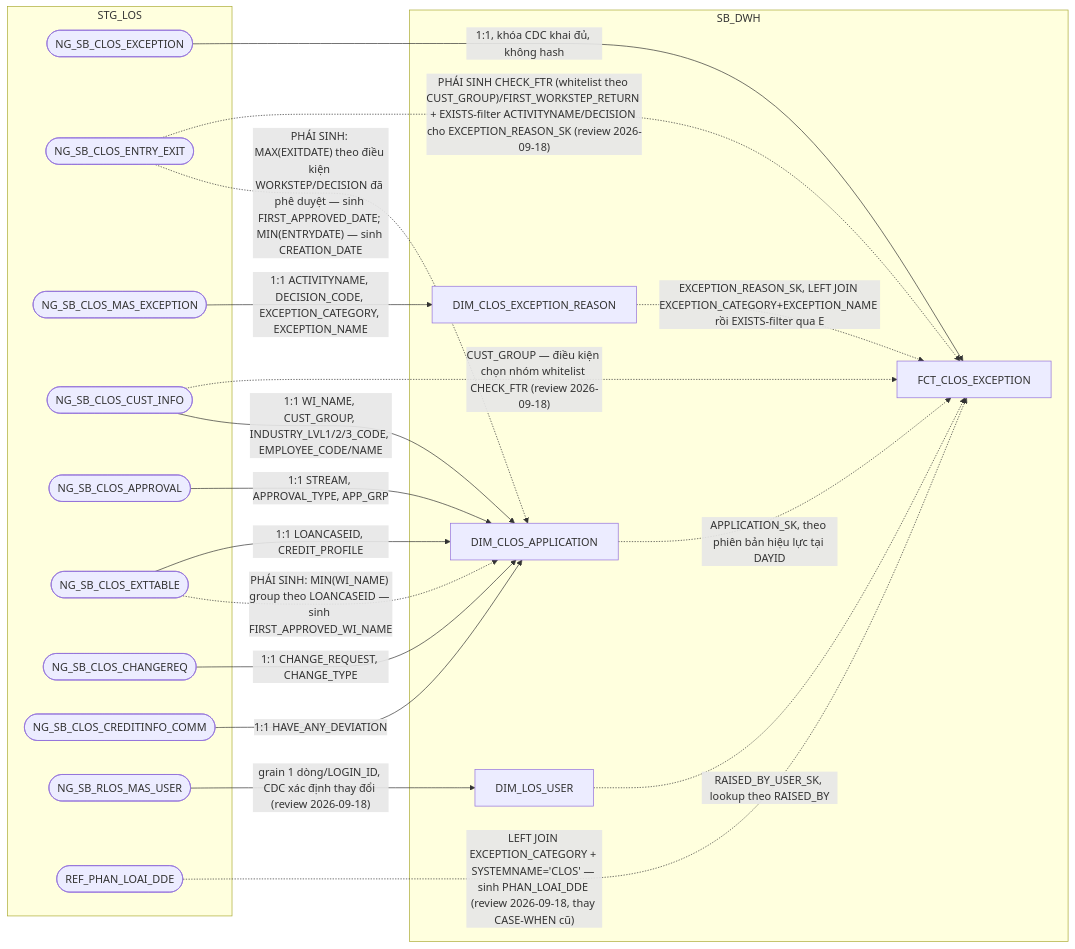
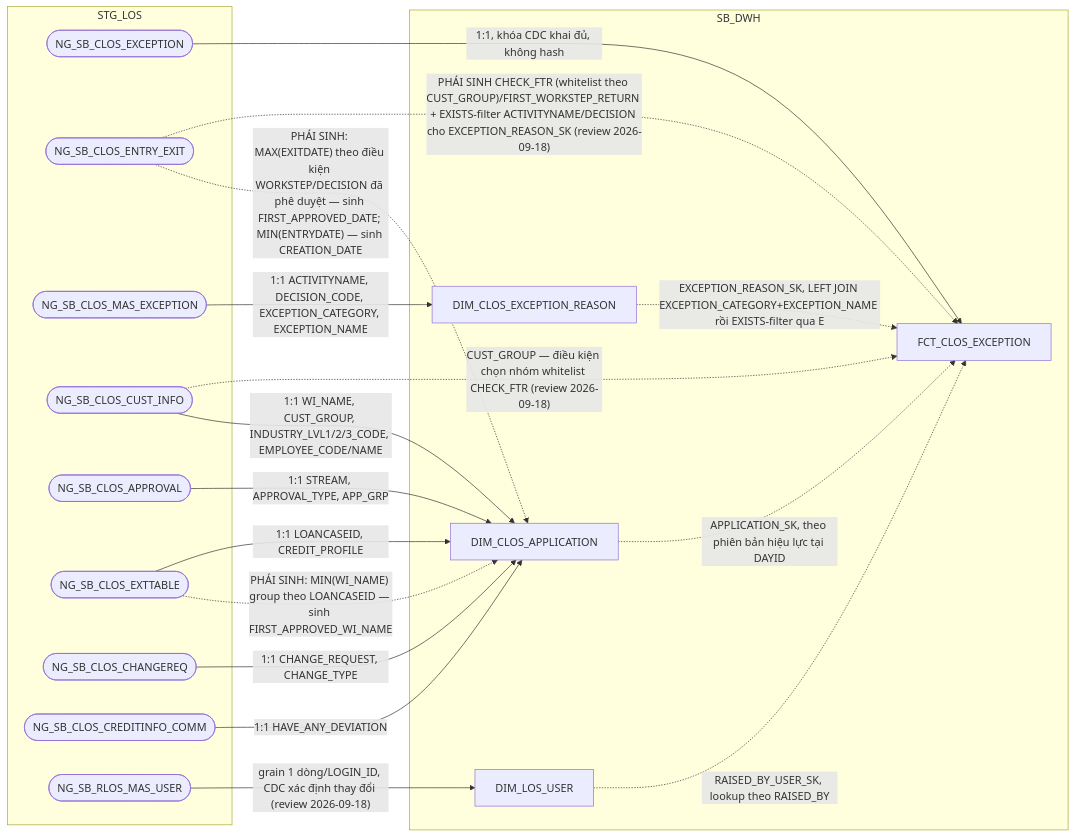
One commit to chien1198/sb-mapping-gen changed the fourth of 13 diagrams in hld/HLD_FCT_SB_DWH.md. Above: the diagram before and after it, drawn with Mermaid. The commit also changed other lines of this file and 113 other files, not shown here.

````diff
--- a/hld/HLD_FCT_SB_DWH.md
+++ b/hld/HLD_FCT_SB_DWH.md
@@ -287,37 +292,35 @@
 ```mermaid
 flowchart LR
     subgraph STG_LOS
         A(["NG_SB_CLOS_EXCEPTION"])
         E(["NG_SB_CLOS_ENTRY_EXIT"])
         R(["NG_SB_CLOS_MAS_EXCEPTION"])
         H(["NG_SB_CLOS_CUST_INFO"])
         I(["NG_SB_CLOS_APPROVAL"])
         J(["NG_SB_CLOS_EXTTABLE"])
         K1(["NG_SB_CLOS_CHANGEREQ"])
         N(["NG_SB_CLOS_CREDITINFO_COMM"])
         U(["NG_SB_RLOS_MAS_USER"])
-        REF(["REF_PHAN_LOAI_DDE"])
     end
     subgraph SB_DWH
         B["DIM_CLOS_EXCEPTION_REASON"]
         D["DIM_CLOS_APPLICATION"]
         F["DIM_LOS_USER"]
         C["FCT_CLOS_EXCEPTION"]
     end
     A -->|1:1, khóa CDC khai đủ, không hash| C
     B -.->|EXCEPTION_REASON_SK, LEFT JOIN EXCEPTION_CATEGORY+EXCEPTION_NAME rồi EXISTS-filter qua E| C
     D -.->|APPLICATION_SK, theo phiên bản hiệu lực tại DAYID| C
     F -.->|RAISED_BY_USER_SK, lookup theo RAISED_BY| C
     E -.->|"PHÁI SINH CHECK_FTR (whitelist theo CUST_GROUP)/FIRST_WORKSTEP_RETURN + EXISTS-filter ACTIVITYNAME/DECISION cho EXCEPTION_REASON_SK (review 2026-09-18)"| C
     H -.->|"CUST_GROUP — điều kiện chọn nhóm whitelist CHECK_FTR (review 2026-09-18)"| C
-    REF -.->|"LEFT JOIN EXCEPTION_CATEGORY + SYSTEMNAME='CLOS' — sinh PHAN_LOAI_DDE (review 2026-09-18, thay CASE-WHEN cũ)"| C
     R -->|1:1 ACTIVITYNAME, DECISION_CODE, EXCEPTION_CATEGORY, EXCEPTION_NAME| B
     H -->|1:1 WI_NAME, CUST_GROUP, INDUSTRY_LVL1/2/3_CODE, EMPLOYEE_CODE/NAME| D
     I -->|1:1 STREAM, APPROVAL_TYPE, APP_GRP| D
     J -->|1:1 LOANCASEID, CREDIT_PROFILE| D
     J -.->|"PHÁI SINH: MIN(WI_NAME) group theo LOANCASEID — sinh FIRST_APPROVED_WI_NAME"| D
     K1 -->|1:1 CHANGE_REQUEST, CHANGE_TYPE| D
     E -.->|"PHÁI SINH: MAX(EXITDATE) theo điều kiện WORKSTEP/DECISION đã phê duyệt — sinh FIRST_APPROVED_DATE; MIN(ENTRYDATE) — sinh CREATION_DATE"| D
     N -->|1:1 HAVE_ANY_DEVIATION| D
     U -->|"grain 1 dòng/LOGIN_ID, CDC xác định thay đổi (review 2026-09-18)"| F
 ```
````
